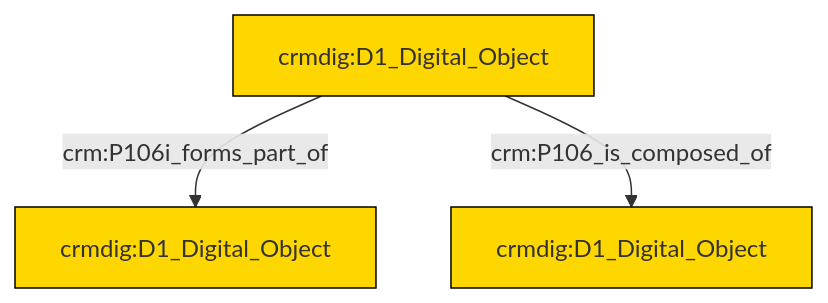
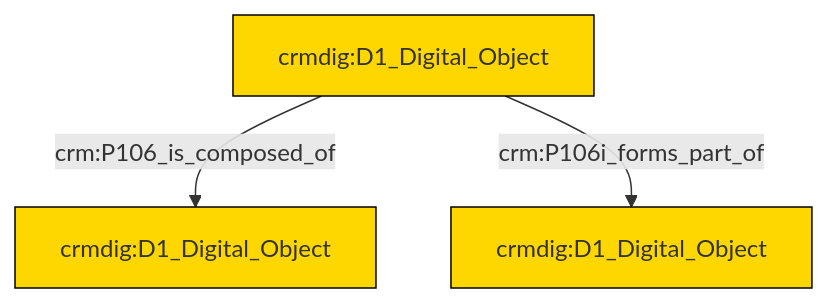
The diagram in et/doCSV/ttl/mmd/do_parthood.ttl.mmd (swiss-art-research-net/reference-data-models), drawn with Mermaid before and after one commit. The commit also changed 127 other files, not shown here.

```diff
--- a/et/doCSV/ttl/mmd/do_parthood.ttl.mmd
+++ b/et/doCSV/ttl/mmd/do_parthood.ttl.mmd
@@ -1,17 +1,17 @@
 graph TD
 classDef Literal fill:#f2f2f2,stroke:#000000;
 classDef CRM_Entity fill:#FFFFFF,stroke:#000000;
 classDef Temporal_Entity fill:#00C9E6, stroke:#000000;
 classDef Type fill:#E18312, stroke:#000000;
 classDef Time-Span fill:#2C9C91, stroke:#000000;
 classDef Appellation fill:#FFEB7F, stroke:#000000;
 classDef Place fill:#008836, stroke:#000000;
 classDef Persistent_Item fill:#B266B2, stroke:#000000;
 classDef Conceptual_Object fill:#FFD700, stroke:#000000;
 classDef Physical_Thing fill:#D2B48C, stroke:#000000;
 classDef Actor fill:#f58aad, stroke:#000000;
 classDef PC_Classes fill:#4ce600, stroke:#000000;
 classDef Multi fill:#cccccc,stroke:#000000;
 
-0["crmdig:D1_Digital_Object"]:::Conceptual_Object -->|crm:P106i_forms_part_of| 1["crmdig:D1_Digital_Object"]:::Conceptual_Object
-0["crmdig:D1_Digital_Object"]:::Conceptual_Object -->|crm:P106_is_composed_of| 2["crmdig:D1_Digital_Object"]:::Conceptual_Object
+0["crmdig:D1_Digital_Object"]:::Conceptual_Object -->|crm:P106_is_composed_of| 1["crmdig:D1_Digital_Object"]:::Conceptual_Object
+0["crmdig:D1_Digital_Object"]:::Conceptual_Object -->|crm:P106i_forms_part_of| 3["crmdig:D1_Digital_Object"]:::Conceptual_Object
```
